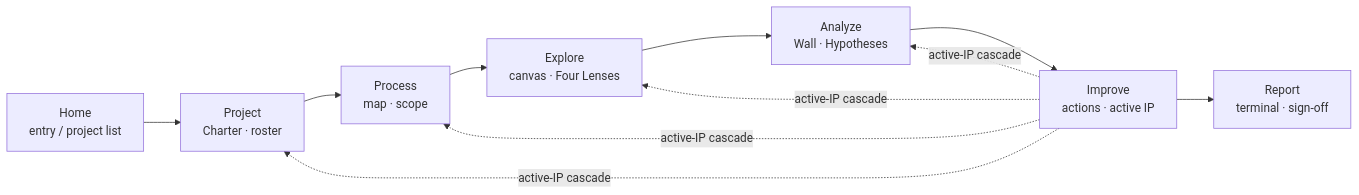
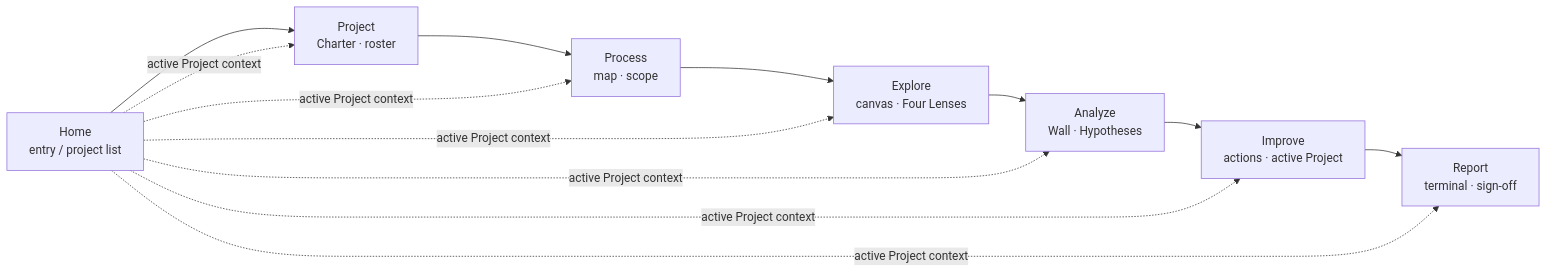
The diagram in docs/02-journeys/ia-nav-model.md (jukka-matti/variscout), drawn with Mermaid before and after one commit. The commit also changed other lines of this file and 8 other files, not shown here.

Commit message:
docs(project): apply active Project context

````diff
--- a/docs/02-journeys/ia-nav-model.md
+++ b/docs/02-journeys/ia-nav-model.md
@@ -18,22 +18,24 @@
 ```mermaid
 flowchart LR
     Home[Home<br/>entry / project list]
     Project[Project<br/>Charter · roster]
     Process[Process<br/>map · scope]
     Explore[Explore<br/>canvas · Four Lenses]
     Analyze[Analyze<br/>Wall · Hypotheses]
-    Improve[Improve<br/>actions · active IP]
+    Improve[Improve<br/>actions · active Project]
     Report[Report<br/>terminal · sign-off]
 
     Home --> Project
     Project --> Process
     Process --> Explore
     Explore --> Analyze
     Analyze --> Improve
     Improve --> Report
 
-    Improve -. active-IP cascade .-> Project
-    Improve -. active-IP cascade .-> Process
-    Improve -. active-IP cascade .-> Explore
-    Improve -. active-IP cascade .-> Analyze
+    Home -. active Project context .-> Project
+    Home -. active Project context .-> Process
+    Home -. active Project context .-> Explore
+    Home -. active Project context .-> Analyze
+    Home -. active Project context .-> Improve
+    Home -. active Project context .-> Report
 ```
````
